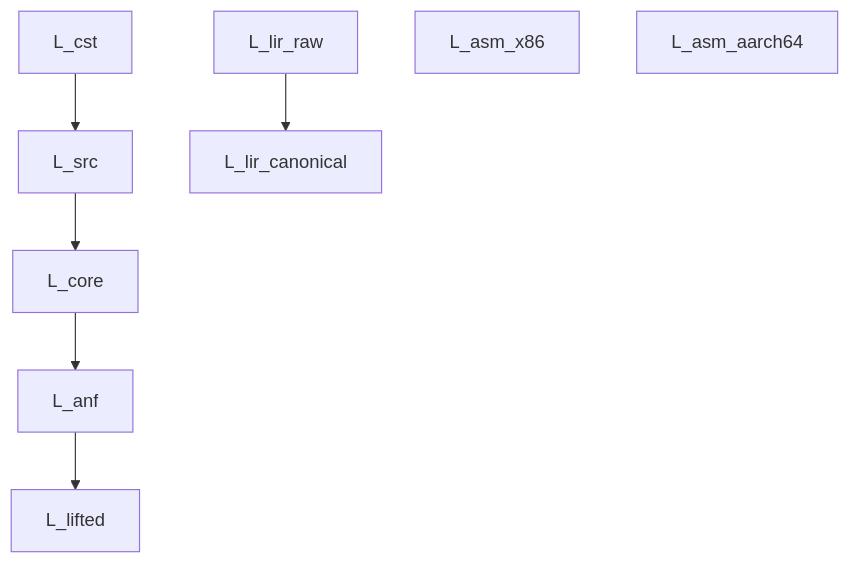
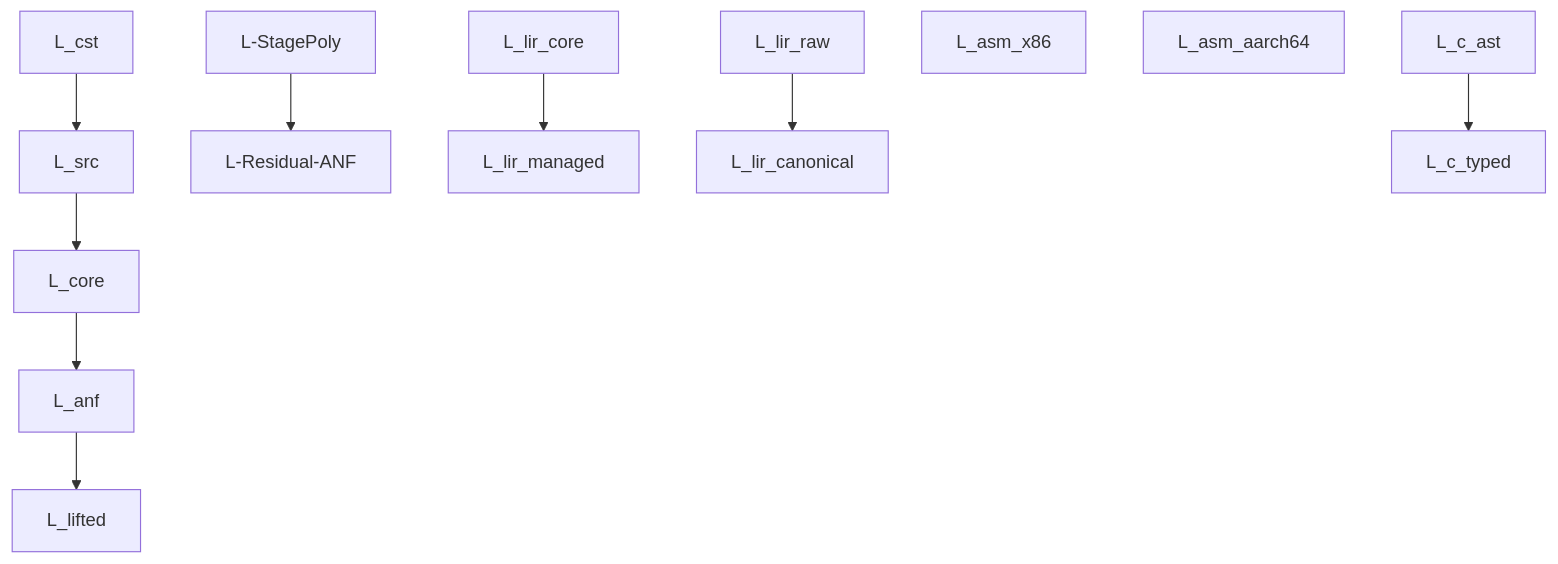
One commit to rokujyouhitoma/arxiv-security-papers changed the diagram in ulisp/docs/spec_nanopass.md. Above: the diagram before and after it, drawn with Mermaid. The commit also changed other lines of this file and 7 other files, not shown here.

Commit message:
docs(ulisp): sync spec_nanopass.md and spec_pipeline.md with L_lir_core, C99 AST, and StagePoly flow (ID: 980)

````diff
--- a/ulisp/docs/spec_nanopass.md
+++ b/ulisp/docs/spec_nanopass.md
@@ -19,17 +19,26 @@
 ```mermaid
 graph TD
     L_cst["L_cst"]
     L_src["L_src"]
     L_cst --> L_src
     L_core["L_core"]
     L_src --> L_core
     L_anf["L_anf"]
     L_core --> L_anf
     L_lifted["L_lifted"]
     L_anf --> L_lifted
+    L-StagePoly["L-StagePoly"]
+    L-Residual-ANF["L-Residual-ANF"]
+    L-StagePoly --> L-Residual-ANF
+    L_lir_core["L_lir_core"]
+    L_lir_managed["L_lir_managed"]
+    L_lir_core --> L_lir_managed
     L_lir_raw["L_lir_raw"]
     L_lir_canonical["L_lir_canonical"]
     L_lir_raw --> L_lir_canonical
     L_asm_x86["L_asm_x86"]
     L_asm_aarch64["L_asm_aarch64"]
+    L_c_ast["L_c_ast"]
+    L_c_typed["L_c_typed"]
+    L_c_ast --> L_c_typed
 ```
````
